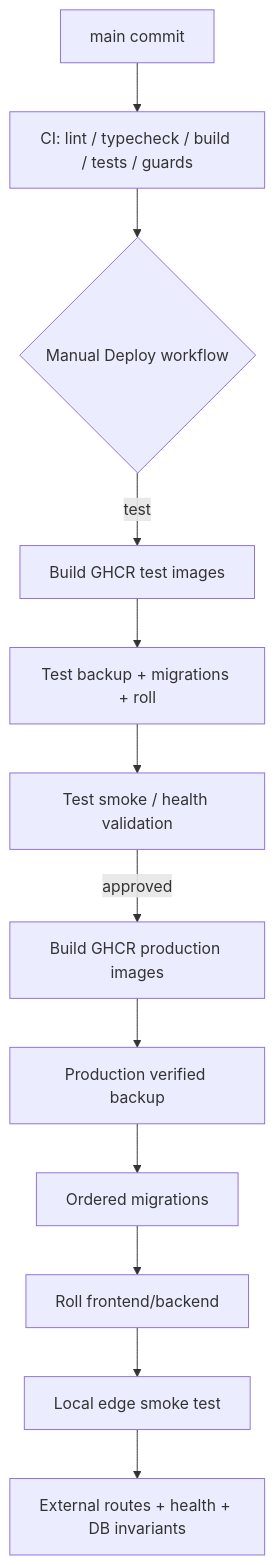
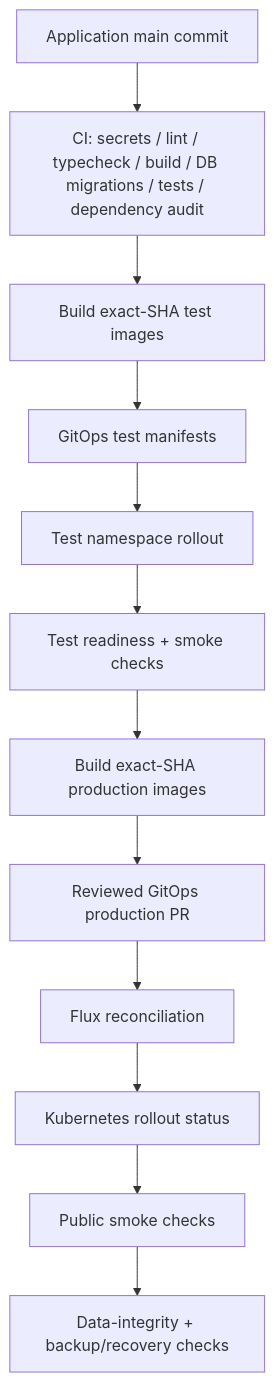
Before and after one commit to wtrdd1-hash/Woldeok-Moneyverse-Migration: the diagram in docs/architecture/deployment-flow.md, drawn with Mermaid. The commit also changed other lines of this file, not shown here.

Commit message:
docs: align deployment flow with Flux GitOps

````diff
--- a/docs/architecture/deployment-flow.md
+++ b/docs/architecture/deployment-flow.md
@@ -5,14 +5,14 @@
 ```mermaid
 flowchart TD
-    M[main commit] --> CI[CI: lint / typecheck / build / tests / guards]
-    CI --> D{Manual Deploy workflow}
-    D -->|test| BT[Build GHCR test images]
-    BT --> TT[Test backup + migrations + roll]
-    TT --> VT[Test smoke / health validation]
-    VT -->|approved| BP[Build GHCR production images]
-    BP --> BK[Production verified backup]
-    BK --> MG[Ordered migrations]
-    MG --> RP[Roll frontend/backend]
-    RP --> SM[Local edge smoke test]
-    SM --> HV[External routes + health + DB invariants]
+    M[Application main commit] --> CI[CI: secrets / lint / typecheck / build / DB migrations / tests / dependency audit]
+    CI --> TI[Build exact-SHA test images]
+    TI --> TG[GitOps test manifests]
+    TG --> TR[Test namespace rollout]
+    TR --> TV[Test readiness + smoke checks]
+    TV --> PI[Build exact-SHA production images]
+    PI --> GP[Reviewed GitOps production PR]
+    GP --> FX[Flux reconciliation]
+    FX --> KR[Kubernetes rollout status]
+    KR --> SM[Public smoke checks]
+    SM --> DA[Data-integrity + backup/recovery checks]
 ```
````
